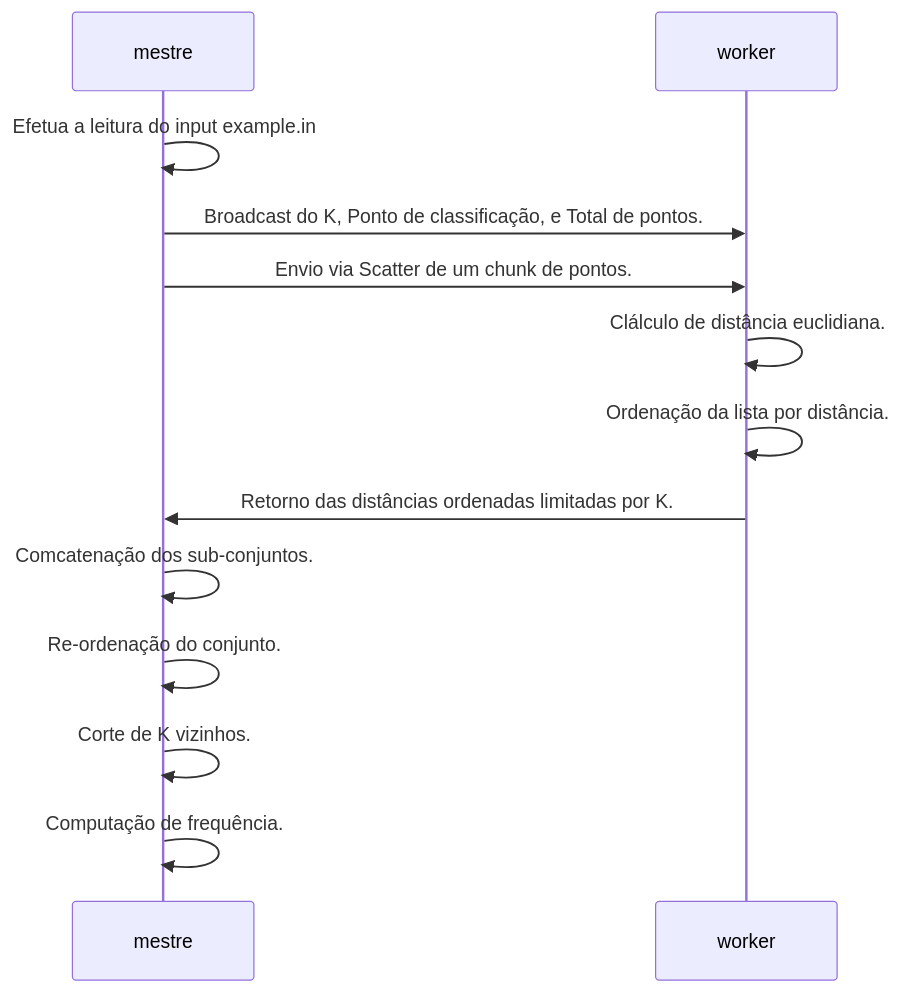
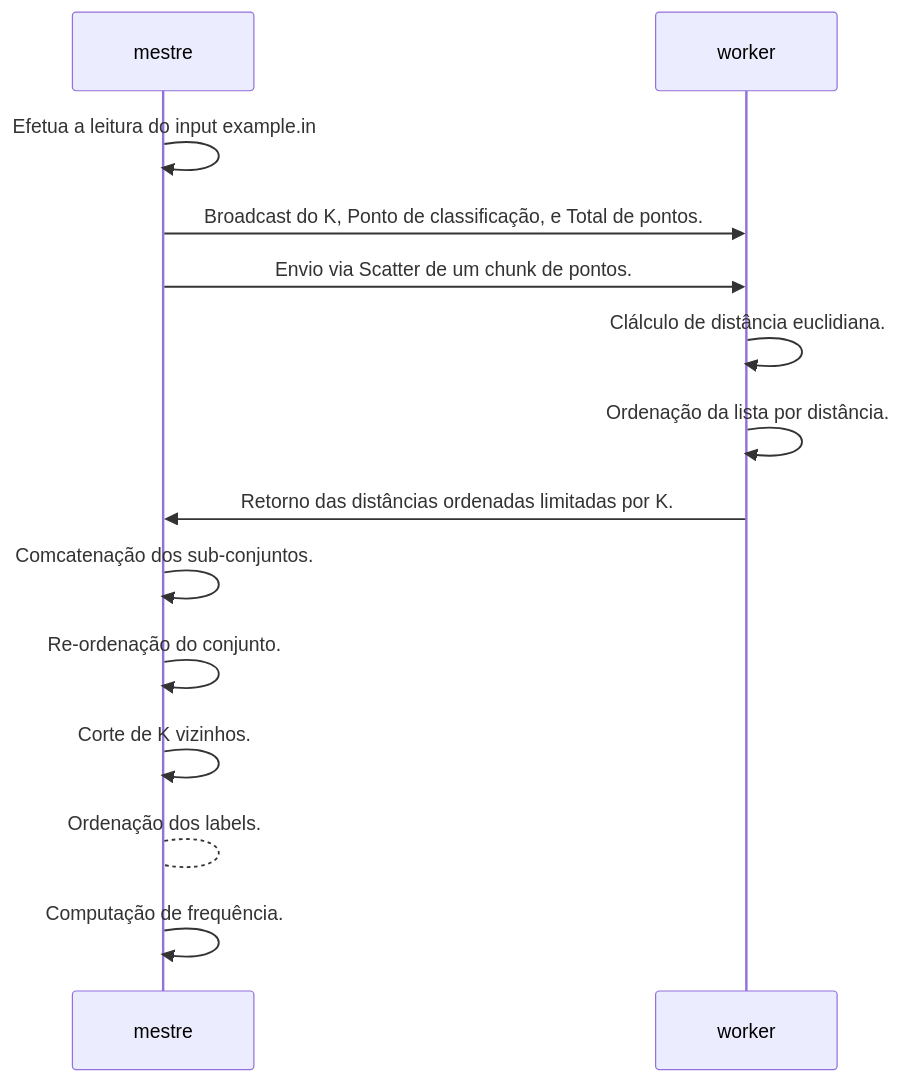
Before and after one commit to maxandriani/udesc-ppgca-ppa-knn-mpi: the diagram in README.md, drawn with Mermaid. The commit also changed 1 other file, not shown here.

Commit message:
fix: Correção da alucinação na classificação.

````diff
--- a/README.md
+++ b/README.md
@@ -12,17 +12,18 @@
 ```mermaid
 sequenceDiagram
 
 participant mestre
 participant worker
 
 mestre ->> mestre: Efetua a leitura do input example.in
 mestre ->> worker: Broadcast do K, Ponto de classificação, e Total de pontos.
 mestre ->> worker: Envio via Scatter de um chunk de pontos.
 worker ->> worker: Clálculo de distância euclidiana.
 worker ->> worker: Ordenação da lista por distância.
 worker ->> mestre: Retorno das distâncias ordenadas limitadas por K.
 mestre ->> mestre: Comcatenação dos sub-conjuntos.
 mestre ->> mestre: Re-ordenação do conjunto.
 mestre ->> mestre: Corte de K vizinhos.
+mestre --> mestre: Ordenação dos labels.
 mestre ->> mestre: Computação de frequência.
 ```
````
